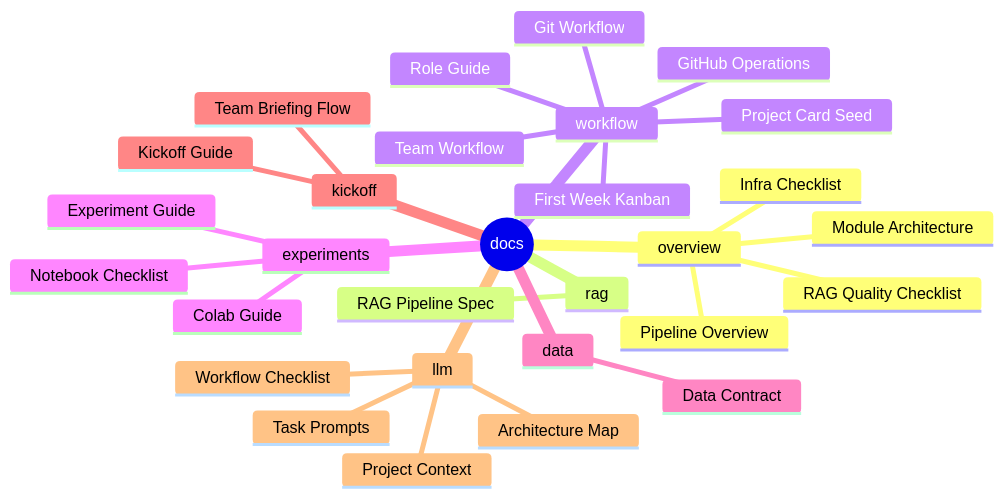
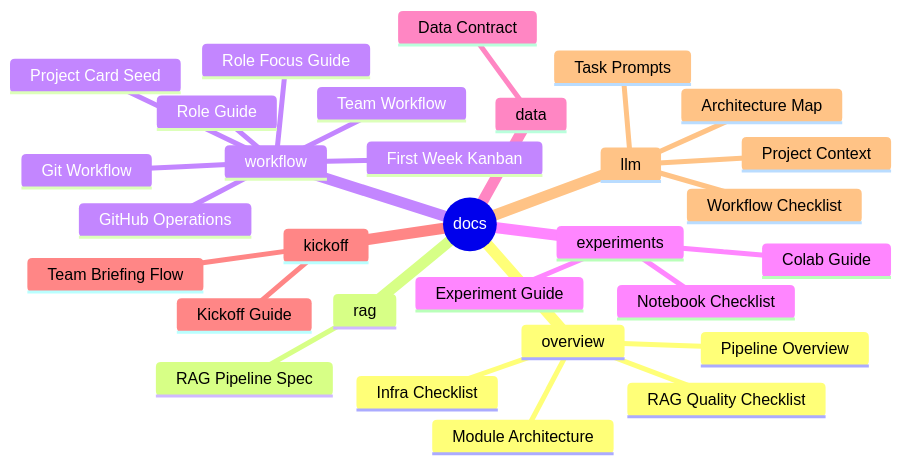
The diagram in docs/README.md (Codeit-Part3-6Team/Codeit-Part3-6Team-Project), drawn with Mermaid before and after one commit. The commit also changed other lines of this file and 5 other files, not shown here.

````diff
--- a/docs/README.md
+++ b/docs/README.md
@@ -9,32 +9,33 @@
 ```mermaid
 mindmap
   root((docs))
     overview
       Pipeline Overview
       Module Architecture
       Infra Checklist
       RAG Quality Checklist
     rag
       RAG Pipeline Spec
     workflow
       Git Workflow
       GitHub Operations
       First Week Kanban
       Project Card Seed
       Role Guide
+      Role Focus Guide
       Team Workflow
     experiments
       Experiment Guide
       Colab Guide
       Notebook Checklist
     data
       Data Contract
     kickoff
       Kickoff Guide
       Team Briefing Flow
     llm
       Project Context
       Architecture Map
       Workflow Checklist
       Task Prompts
 ```
````
